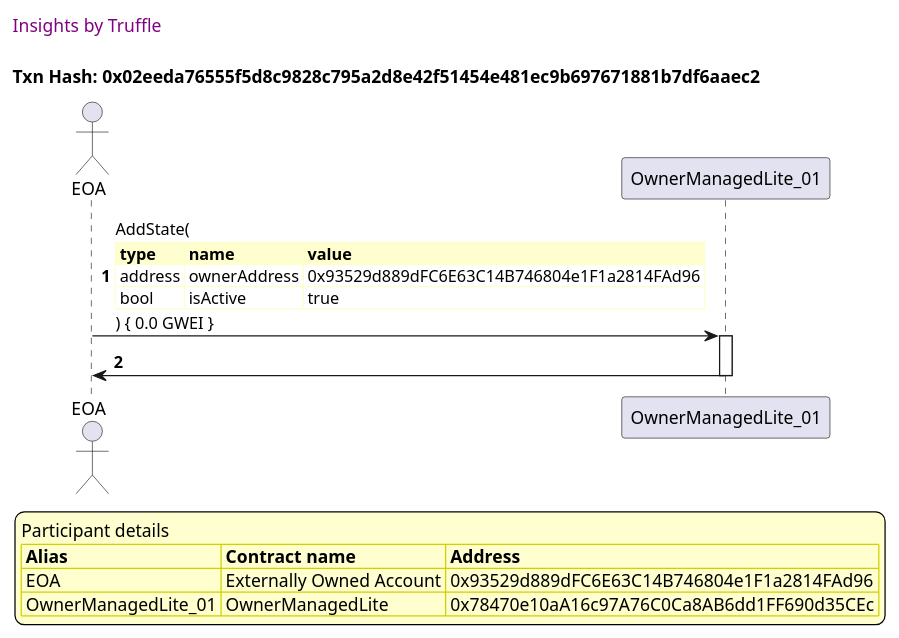
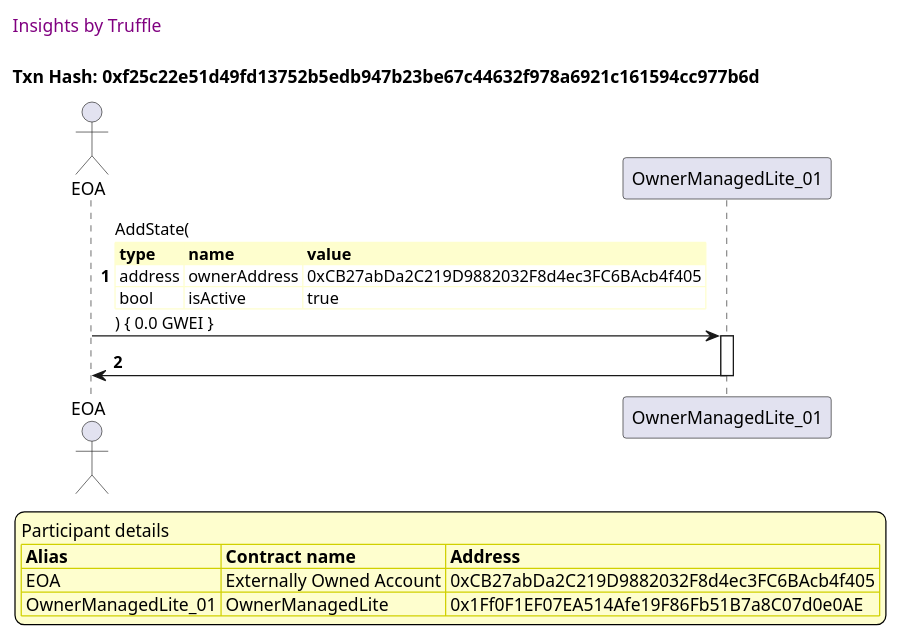
The seventh of 9 diagrams in truffle-seq/OwnerManagedLite_test_add_state.md (thedarkjester/ConsensysAssignment), drawn with PlantUML before and after one commit. The commit also changed other lines of this file and 13 other files, not shown here.

````diff
--- a/truffle-seq/OwnerManagedLite_test_add_state.md
+++ b/truffle-seq/OwnerManagedLite_test_add_state.md
@@ -299,41 +299,41 @@
 ```plantuml
 
 
 @startuml
 
 autonumber
 skinparam legendBackgroundColor #FEFECE
 
 <style>
       header {
         HorizontalAlignment left
         FontColor purple
         FontSize 14
         Padding 10
       }
     </style>
 
 header Insights by Truffle
 
-title Txn Hash: 0x02eeda76555f5d8c9828c795a2d8e42f51454e481ec9b697671881b7df6aaec2
+title Txn Hash: 0xf25c22e51d49fd13752b5edb947b23be67c44632f978a6921c161594cc977b6d
 
 
 actor EOA as "EOA"
 participant OwnerManagedLite_01 as "OwnerManagedLite_01"
 
 "EOA" -> "OwnerManagedLite_01" ++: AddState(\n\
 <#FEFECE,#FEFECE>|= type |= name |= value |\n\
-| address | ownerAddress | 0x93529d889dFC6E63C14B746804e1F1a2814FAd96 |\n\
+| address | ownerAddress | 0xCB27abDa2C219D9882032F8d4ec3FC6BAcb4f405 |\n\
 | bool | isActive | true |\n\
 ) { 0.0 GWEI }
 "OwnerManagedLite_01" -> "EOA" --: 
 
 legend
 Participant details
 <#FEFECE,#D0D000>|= Alias |= Contract name |= Address |
-<#FEFECE>| EOA | Externally Owned Account | 0x93529d889dFC6E63C14B746804e1F1a2814FAd96 |
-<#FEFECE>| OwnerManagedLite_01 | OwnerManagedLite | 0x78470e10aA16c97A76C0Ca8AB6dd1FF690d35CEc |
+<#FEFECE>| EOA | Externally Owned Account | 0xCB27abDa2C219D9882032F8d4ec3FC6BAcb4f405 |
+<#FEFECE>| OwnerManagedLite_01 | OwnerManagedLite | 0x1Ff0F1EF07EA514Afe19F86Fb51B7a8C07d0e0AE |
 endlegend
 
 @enduml
 ```
````
